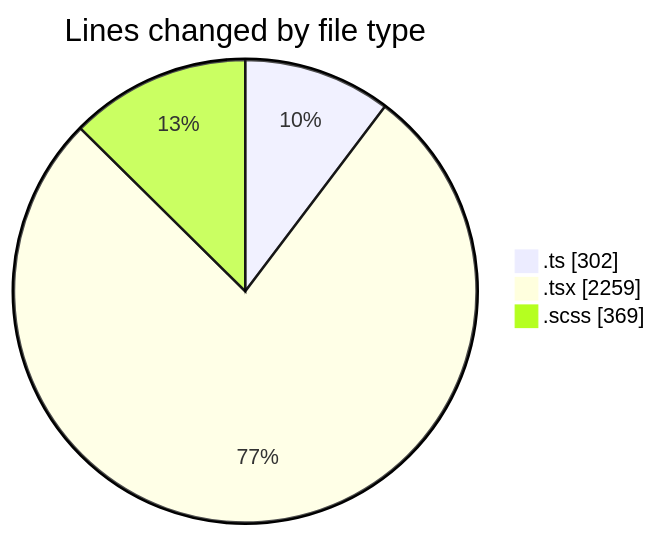
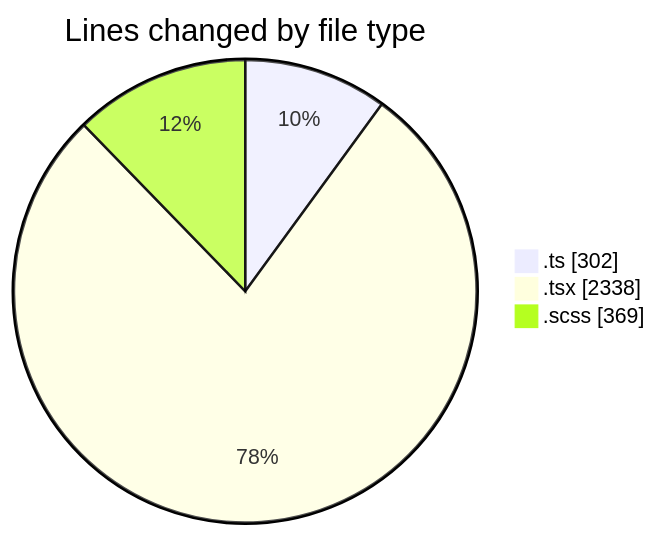
One commit to momahboobian/code-tracking changed the first of 2 diagrams in 2025-05-01/cda/README.md. Above: the diagram before and after it, drawn with Mermaid. The commit also changed other lines of this file and 1 other file, not shown here.

````diff
--- a/2025-05-01/cda/README.md
+++ b/2025-05-01/cda/README.md
@@ -36,7 +37,7 @@
 ```mermaid
 pie showData
 title Lines changed by file type
 ".ts" : 302
-".tsx" : 2259
+".tsx" : 2338
 ".scss" : 369
 ```
````
